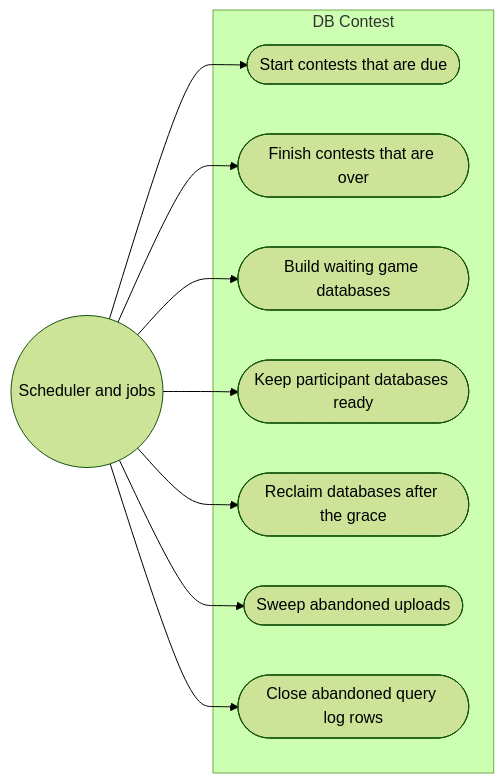
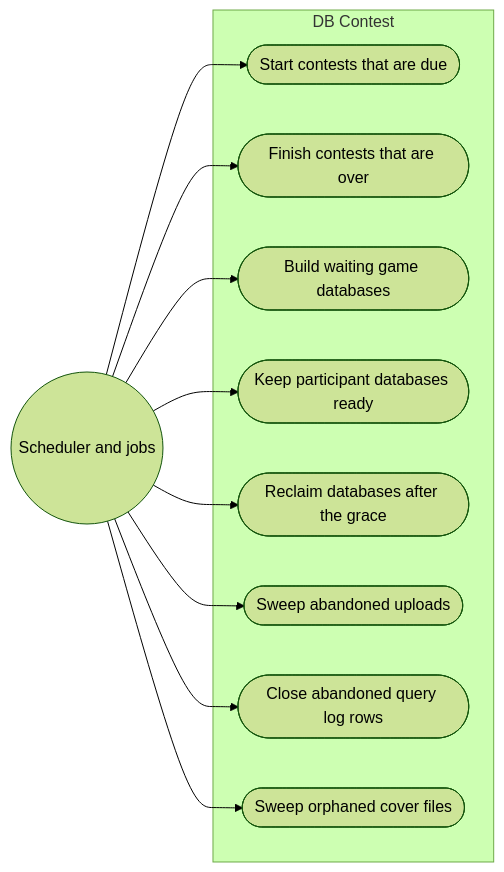
Before and after one commit to devrdn/olymp-db-platform: the seventh of 7 diagrams in docs/guide/02-use-cases.md, drawn with Mermaid (forest theme). The commit also changed other lines of this file and 3 other files, not shown here.

First line of the commit message:
docs: document the cover sweep and restore covers after the database

````diff
--- a/docs/guide/02-use-cases.md
+++ b/docs/guide/02-use-cases.md
@@ -411,20 +411,22 @@
 ```mermaid
 flowchart LR
     clock(("Scheduler and jobs"))
     subgraph system["DB Contest"]
         uc1(["Start contests that are due"])
         uc2(["Finish contests that are over"])
         uc3(["Build waiting game databases"])
         uc4(["Keep participant databases ready"])
         uc5(["Reclaim databases after the grace"])
         uc6(["Sweep abandoned uploads"])
         uc7(["Close abandoned query log rows"])
+        uc8(["Sweep orphaned cover files"])
     end
     clock --> uc1
     clock --> uc2
     clock --> uc3
     clock --> uc4
     clock --> uc5
     clock --> uc6
     clock --> uc7
+    clock --> uc8
 ```
````
